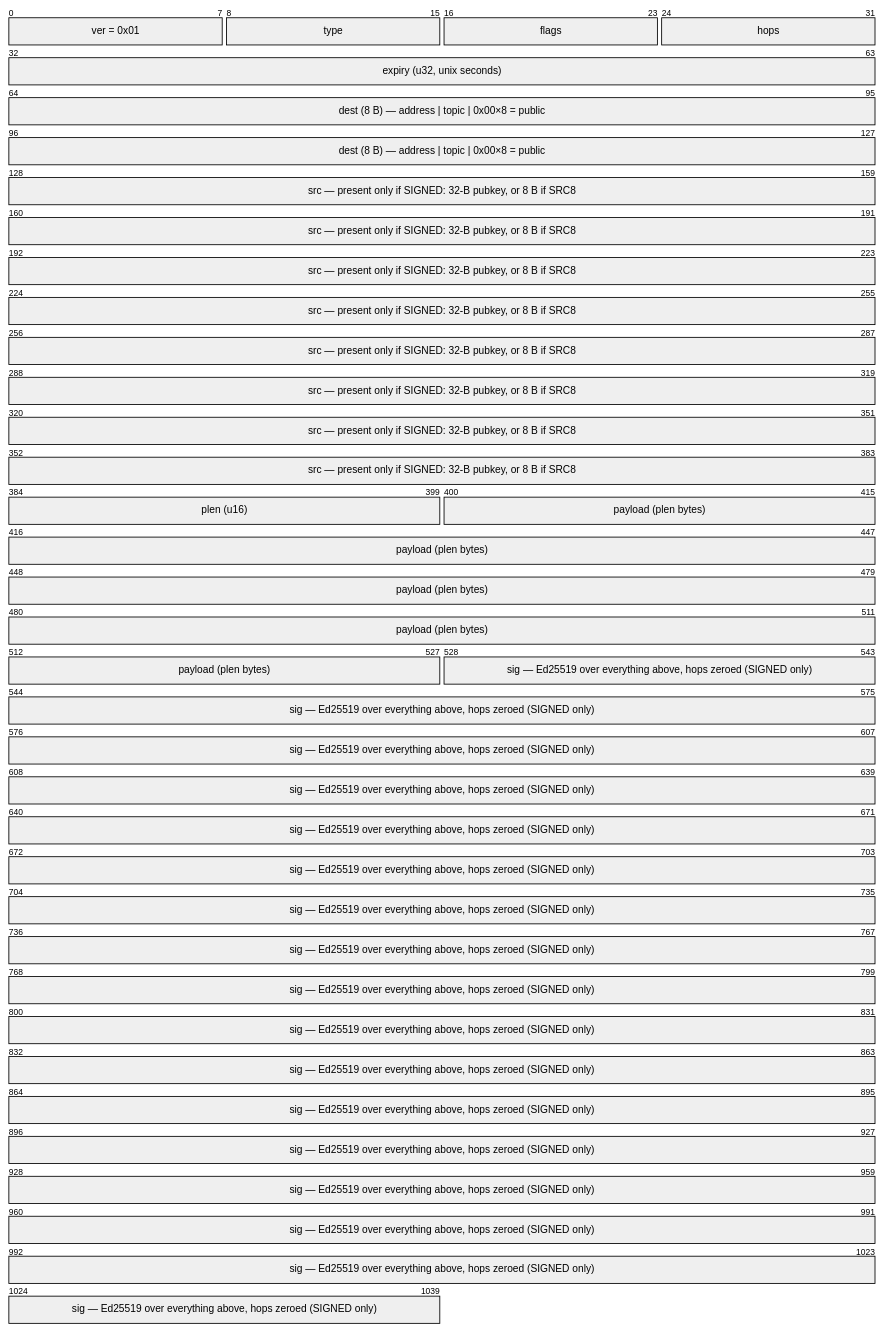
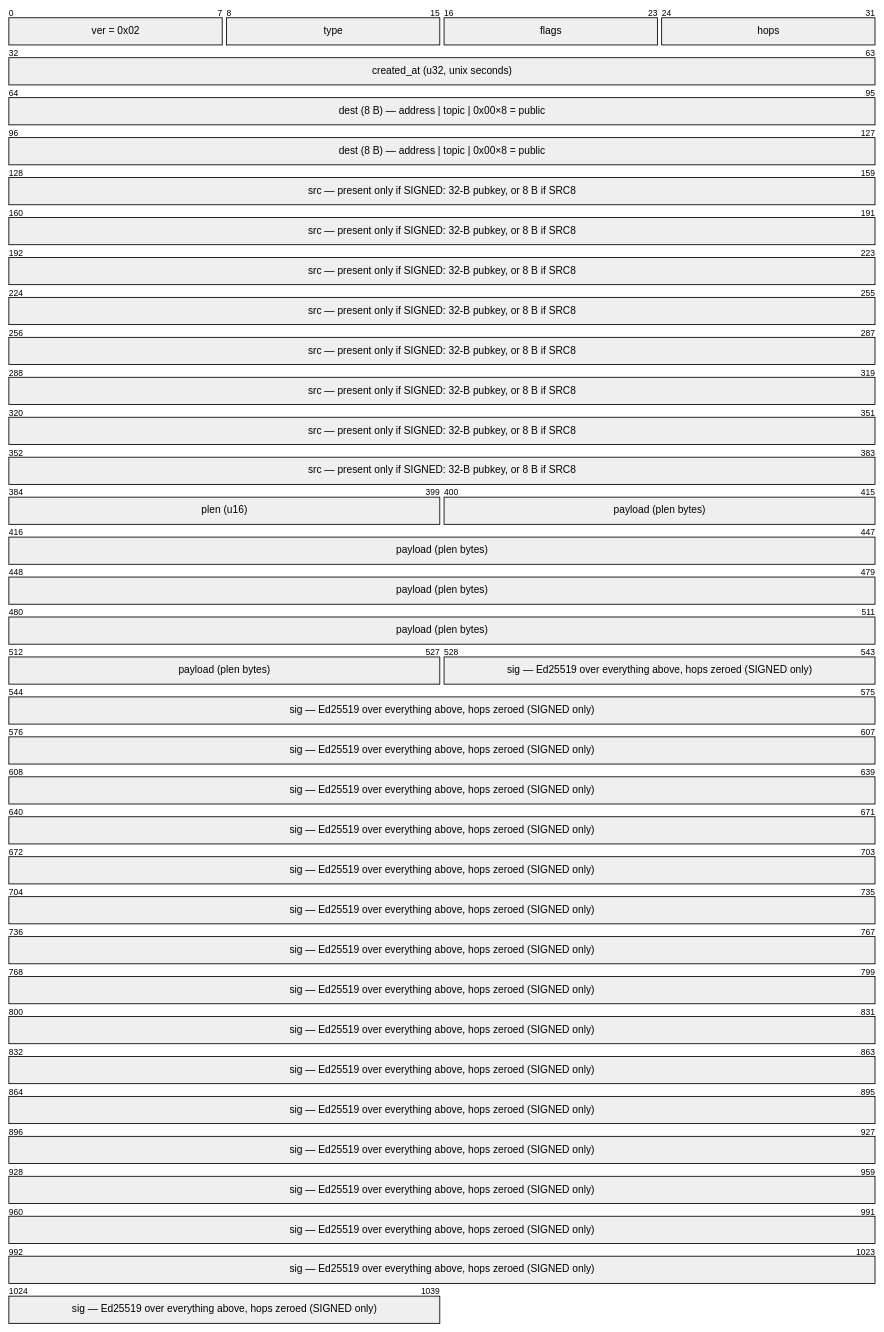
Before and after one commit to sloev/spore: the first of 7 diagrams in docs/SPEC.md, drawn with Mermaid. The commit also changed other lines of this file and 28 other files, not shown here.

````diff
--- a/docs/SPEC.md
+++ b/docs/SPEC.md
@@ -83,13 +83,13 @@
 ```mermaid
 packet-beta
-0-7: "ver = 0x01"
+0-7: "ver = 0x02"
 8-15: "type"
 16-23: "flags"
 24-31: "hops"
-32-63: "expiry (u32, unix seconds)"
+32-63: "created_at (u32, unix seconds)"
 64-127: "dest (8 B) — address | topic | 0x00×8 = public"
 128-383: "src — present only if SIGNED: 32-B pubkey, or 8 B if SRC8"
 384-399: "plen (u16)"
 400-527: "payload (plen bytes)"
 528-1039: "sig — Ed25519 over everything above, hops zeroed (SIGNED only)"
 ```
````
